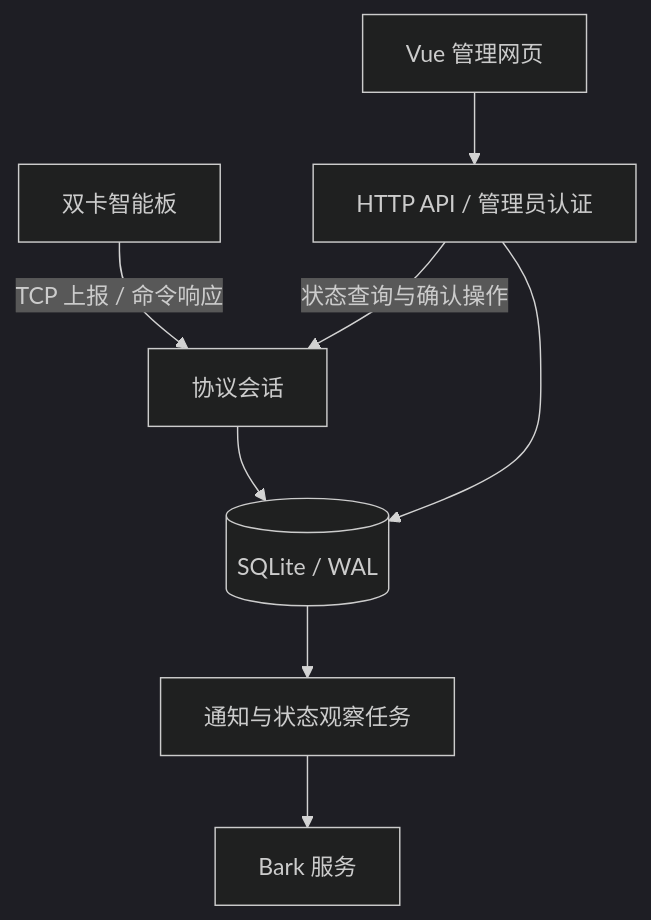
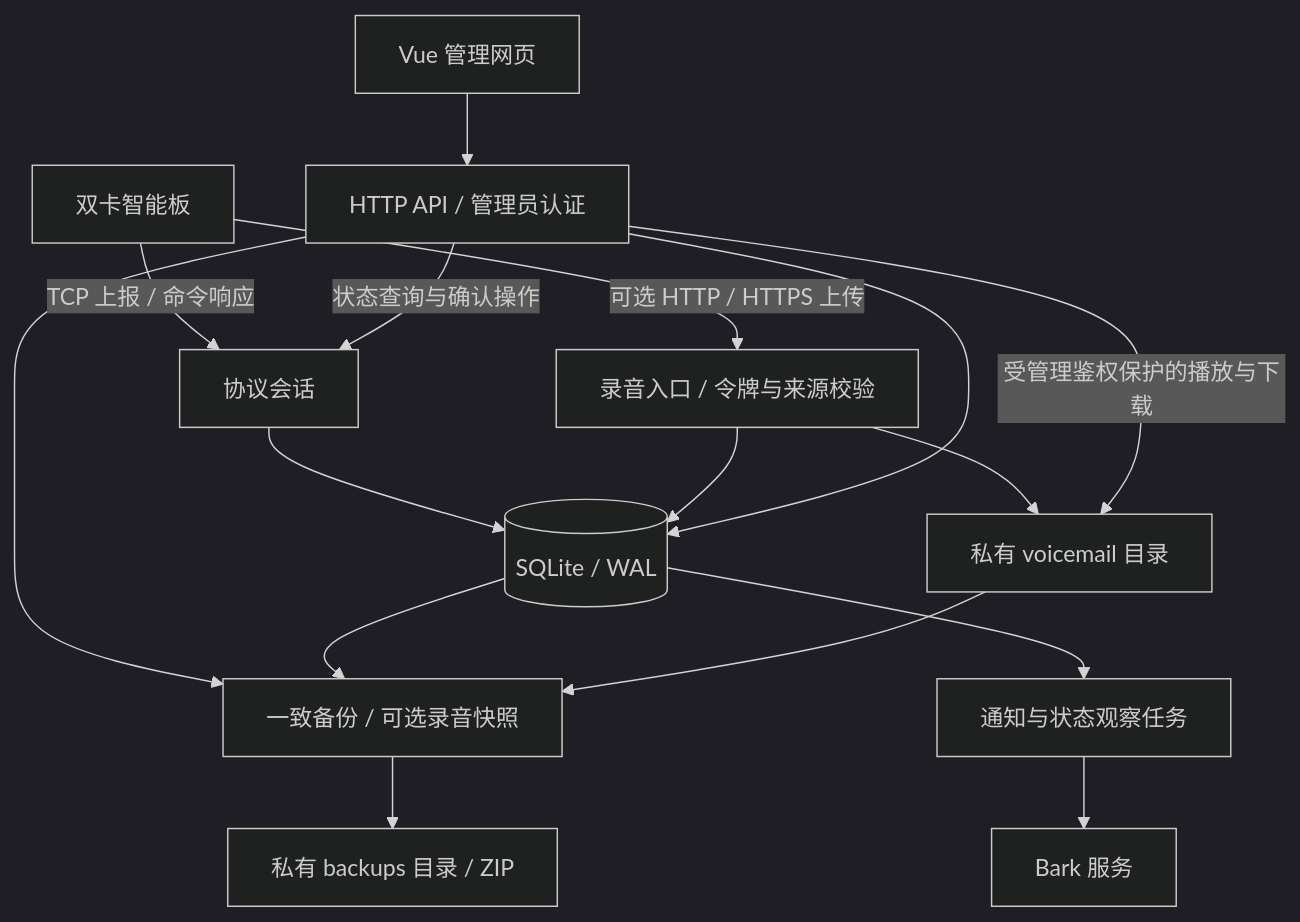
One commit to Battery233/sim-harbor changed the diagram in docs/architecture.md. Above: the diagram before and after it, drawn with Mermaid (dark theme). The commit also changed other lines of this file and 47 other files, not shown here.

````diff
--- a/docs/architecture.md
+++ b/docs/architecture.md
@@ -5,10 +5,18 @@
 ```mermaid
 flowchart TB
     Board[双卡智能板] -->|TCP 上报 / 命令响应| TCP[协议会话]
     TCP --> Store[(SQLite / WAL)]
+    Board -->|可选 HTTP / HTTPS 上传| Upload[录音入口 / 令牌与来源校验]
+    Upload --> Store
+    Upload --> Audio[私有 voicemail 目录]
     Web[Vue 管理网页] --> API[HTTP API / 管理员认证]
     API --> Store
+    API -->|受管理鉴权保护的播放与下载| Audio
+    API --> Backup[一致备份 / 可选录音快照]
+    Store --> Backup
+    Audio --> Backup
+    Backup --> ZIP[私有 backups 目录 / ZIP]
     API -->|状态查询与确认操作| TCP
     Store --> Worker[通知与状态观察任务]
     Worker --> Bark[Bark 服务]
 ```
````
